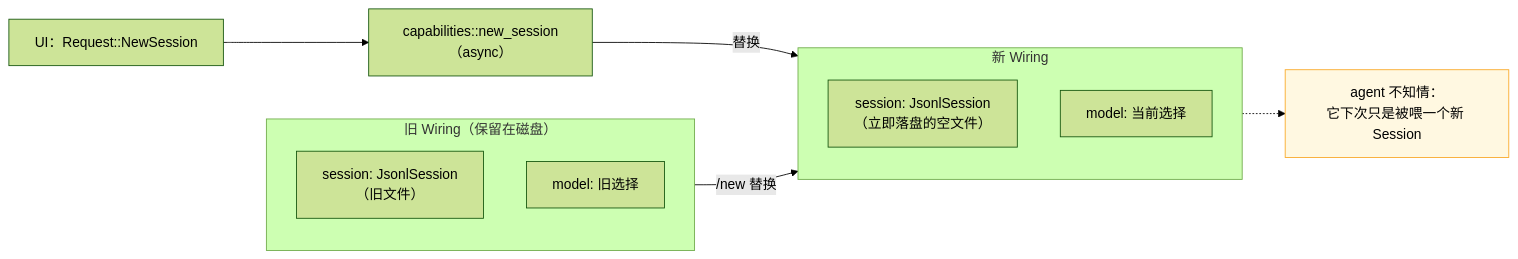
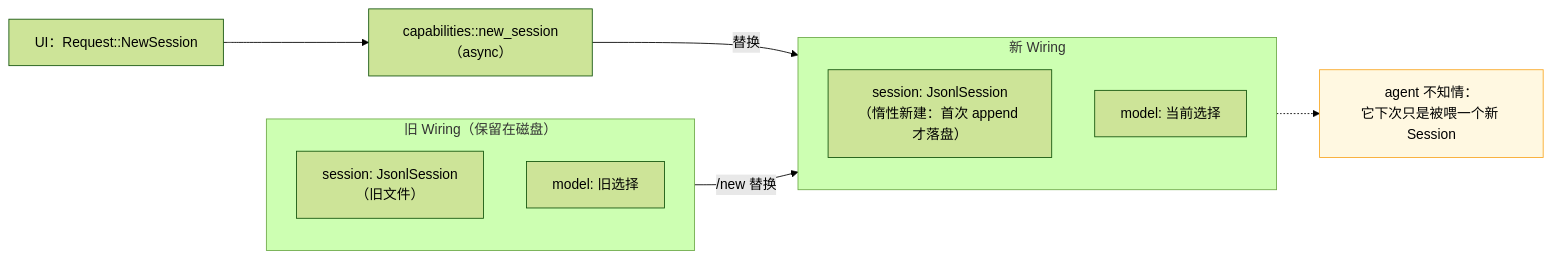
Before and after one commit to zsdfbb/YuShan: diagram 12 of 15 in docs/architecture.md, drawn with Mermaid (forest theme). The commit also changed other lines of this file and 22 other files, not shown here.

````diff
--- a/docs/architecture.md
+++ b/docs/architecture.md
@@ -550,21 +560,21 @@
 ```mermaid
 flowchart LR
     subgraph OLD["旧 Wiring（保留在磁盘）"]
         OS["session: JsonlSession<br/>（旧文件）"]
         OM["model: 旧选择"]
     end
 
     subgraph NEW["新 Wiring"]
-        NS["session: JsonlSession<br/>（立即落盘的空文件）"]
+        NS["session: JsonlSession<br/>（惰性新建：首次 append 才落盘）"]
         NM["model: 当前选择"]
     end
 
     UI["UI：Request::NewSession"] --> CAP["capabilities::new_session（async）"]
     CAP -->|替换| NEW
     OLD -->|"/new 替换"| NEW
 
     NOTE["agent 不知情：<br/>它下次只是被喂一个新 Session"]:::note
     NEW -.-> NOTE
 
     classDef note fill:#fff8e1,stroke:#f9a825
 ```
````
